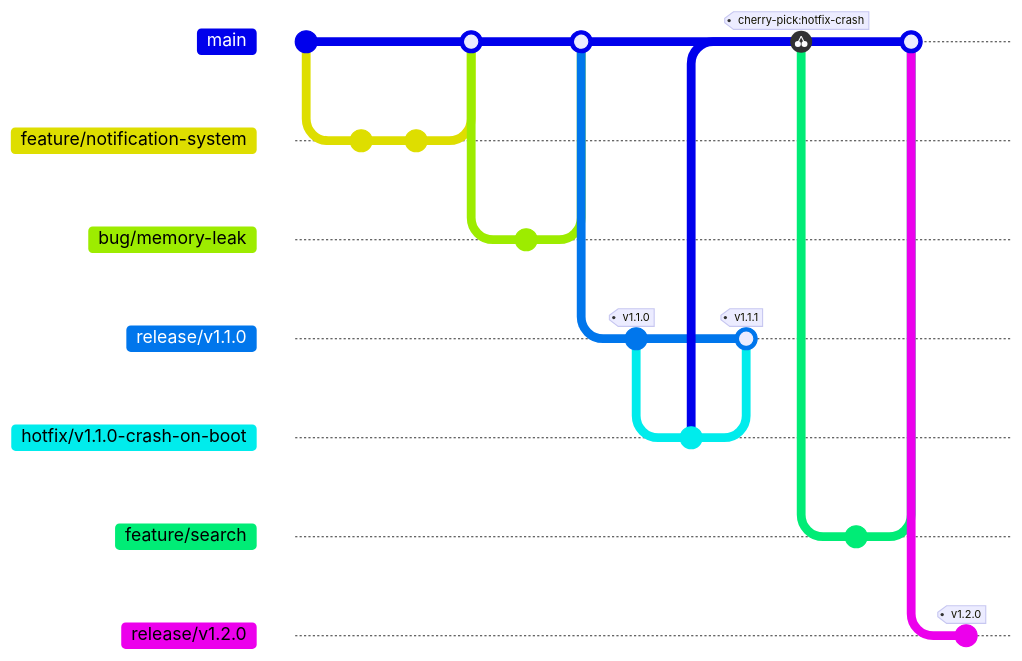
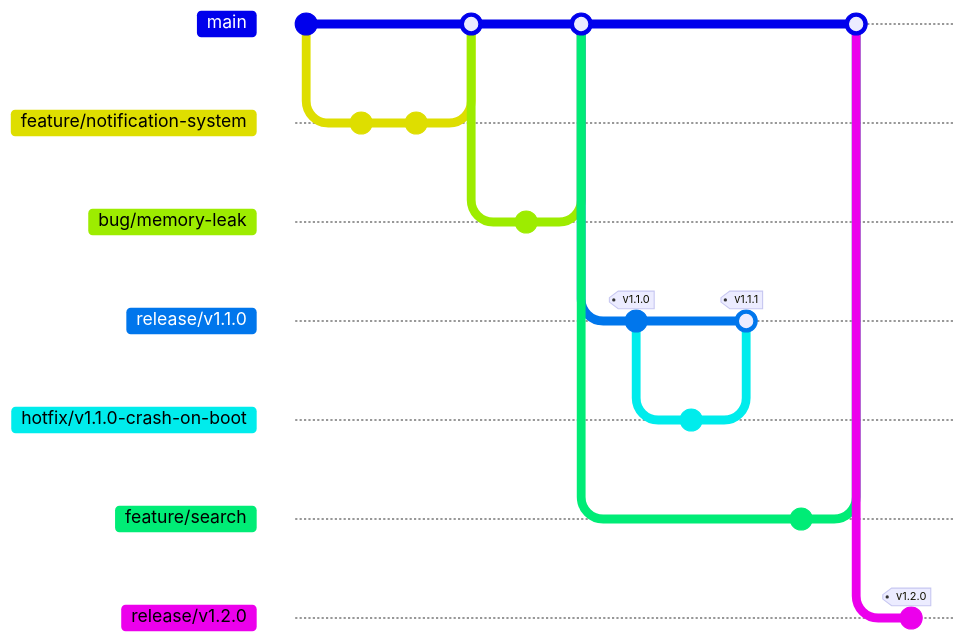
The diagram in docs/hit-branch-strategy-and-github-manual.md (andrew54068/git-regulation), drawn with Mermaid before and after one commit. The commit also changed other lines of this file, not shown here. Commit ids are hidden.

First line of the commit message:
[docs] Trim sync references, drop commit-message rule line, simplify graph

````diff
--- a/docs/hit-branch-strategy-and-github-manual.md
+++ b/docs/hit-branch-strategy-and-github-manual.md
@@ -38,28 +38,27 @@
 ```mermaid
 %%{init: {'gitGraph': {'showCommitLabel': false, 'mainBranchName': 'main'}} }%%
 gitGraph
     commit
     branch "feature/notification-system"
     commit
     commit
     checkout main
     merge "feature/notification-system"
     branch "bug/memory-leak"
     commit
     checkout main
     merge "bug/memory-leak"
     branch "release/v1.1.0"
     commit tag: "v1.1.0"
     branch "hotfix/v1.1.0-crash-on-boot"
-    commit id: "hotfix-crash"
+    commit
     checkout "release/v1.1.0"
     merge "hotfix/v1.1.0-crash-on-boot" tag: "v1.1.1"
     checkout main
-    cherry-pick id: "hotfix-crash"
     branch "feature/search"
     commit
     checkout main
     merge "feature/search"
     branch "release/v1.2.0"
     commit tag: "v1.2.0"
 ```
````
